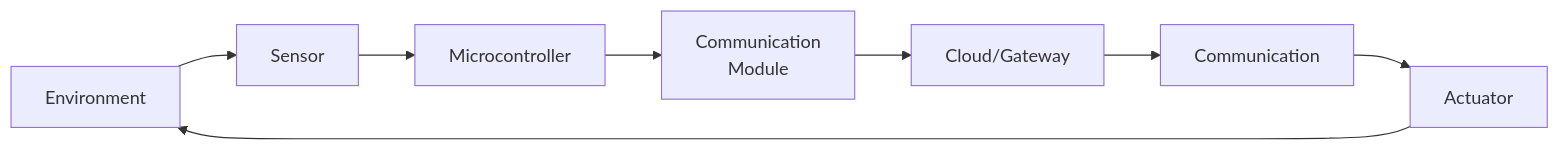
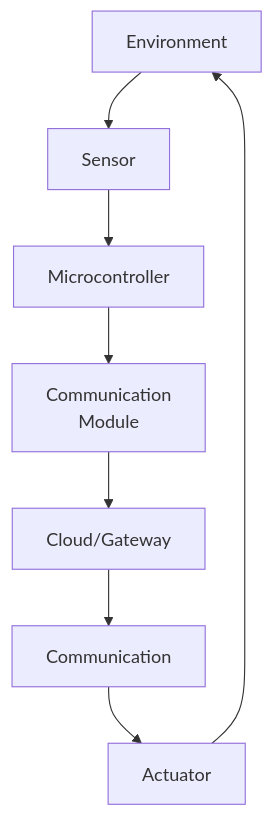
Before and after one commit to lazgaming70/IOT-CIA-1: the ninth of 13 diagrams in Unofficial-QB/Unofficial-QB-Claude-Ans.md, drawn with Mermaid. The commit also changed other lines of this file, not shown here.

Commit message:
Edit mermaidjs diagram flow directions
For readability in a pdf

````diff
--- a/Unofficial-QB/Unofficial-QB-Claude-Ans.md
+++ b/Unofficial-QB/Unofficial-QB-Claude-Ans.md
@@ -960,11 +960,11 @@
 ```mermaid
-flowchart LR
+flowchart TD
     ENV[Environment] --> SENS[Sensor]
     SENS --> MCU[Microcontroller]
     MCU --> COMM[Communication
     Module]
     COMM --> CLOUD[Cloud/Gateway]
     CLOUD --> COMM2[Communication]
     COMM2 --> ACT[Actuator]
     ACT --> ENV
 ```
````
